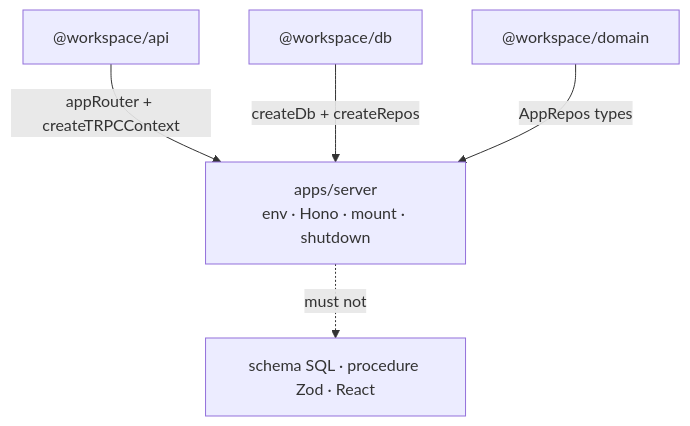
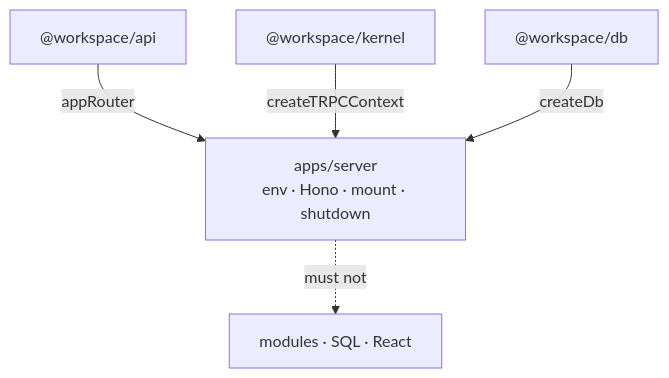
One commit to chengzi-io/ts-fullstack-template changed the diagram in apps/server/AGENTS.md. Above: the diagram before and after it, drawn with Mermaid. The commit also changed other lines of this file and 63 other files, not shown here.

First line of the commit message:
refactor: move each capability into modules/<domain>

````diff
--- a/apps/server/AGENTS.md
+++ b/apps/server/AGENTS.md
@@ -30,9 +30,9 @@
 ```mermaid
 flowchart TB
   server["apps/server<br/>env · Hono · mount · shutdown"]
 
-  api["@workspace/api"] -->|"appRouter + createTRPCContext"| server
-  db["@workspace/db"] -->|"createDb + createRepos"| server
-  domain["@workspace/domain"] -->|"AppRepos types"| server
-  server -.->|"must not"| forbidden["schema SQL · procedure Zod · React"]
+  api["@workspace/api"] -->|"appRouter"| server
+  kernel["@workspace/kernel"] -->|"createTRPCContext"| server
+  db["@workspace/db"] -->|"createDb"| server
+  server -.->|"must not"| forbidden["modules · SQL · React"]
 ```
````
